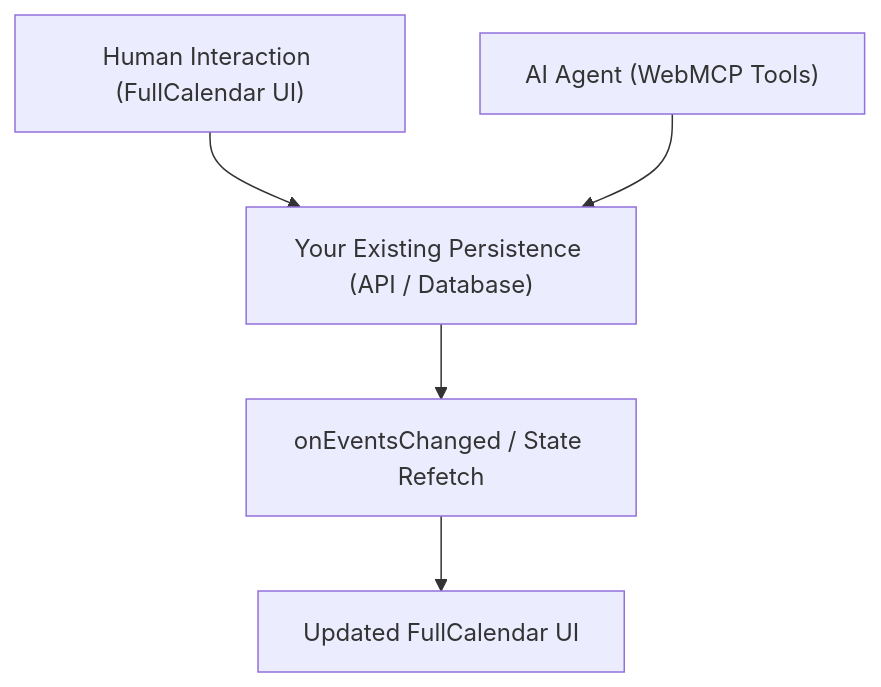
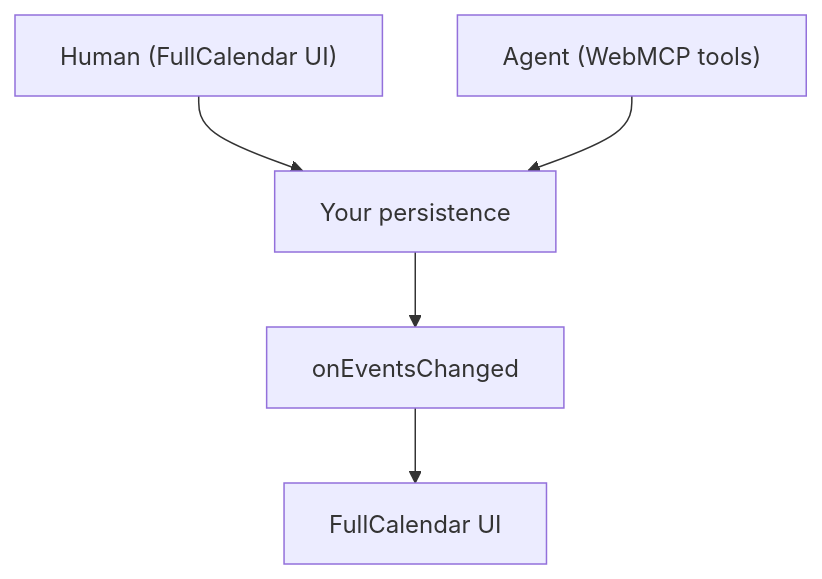
One commit to robertonevarez/fullcalendar-webmcp changed the diagram in docs/integrations/fullcalendar/concepts/persistence.mdx. Above: the diagram before and after it, drawn with Mermaid. The commit also changed other lines of this file and 18 other files, not shown here.

First line of the commit message:
Polish FullCalendar WebMCP developer experience

````diff
--- a/docs/integrations/fullcalendar/concepts/persistence.mdx
+++ b/docs/integrations/fullcalendar/concepts/persistence.mdx
@@ -16,7 +12,7 @@
 ```mermaid
 flowchart TD
-    Human["Human Interaction (FullCalendar UI)"] --> Backend["Your Existing Persistence (API / Database)"]
-    Agent["AI Agent (WebMCP Tools)"] --> Backend
-    Backend --> Refresh["onEventsChanged / State Refetch"]
-    Refresh --> UI["Updated FullCalendar UI"]
+    Human["Human (FullCalendar UI)"] --> Backend["Your persistence"]
+    Agent["Agent (WebMCP tools)"] --> Backend
+    Backend --> Refresh["onEventsChanged"]
+    Refresh --> UI["FullCalendar UI"]
 ```
````
